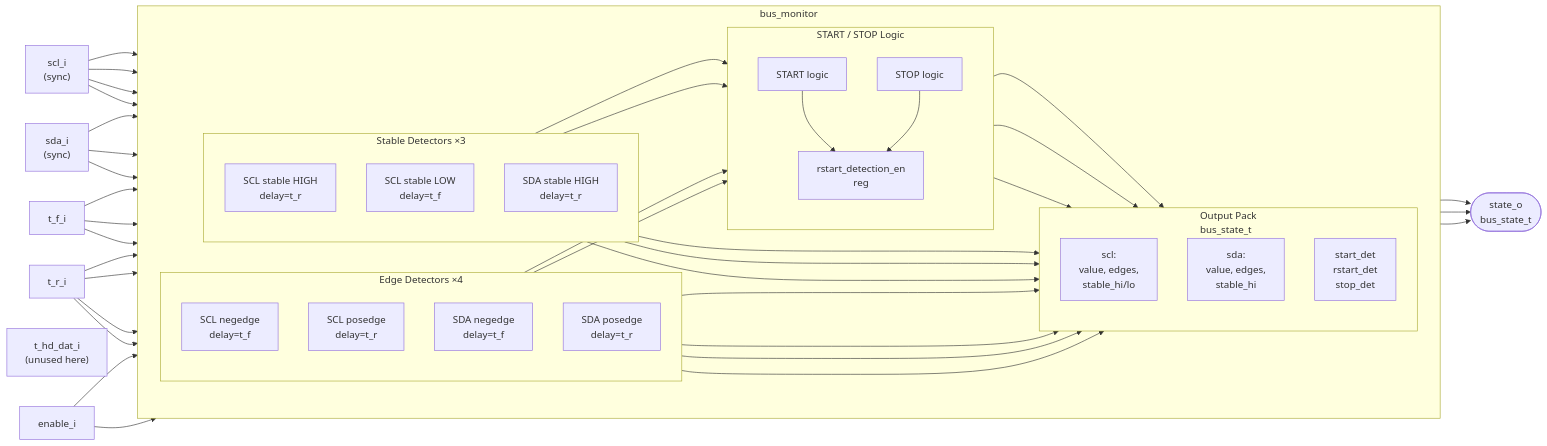
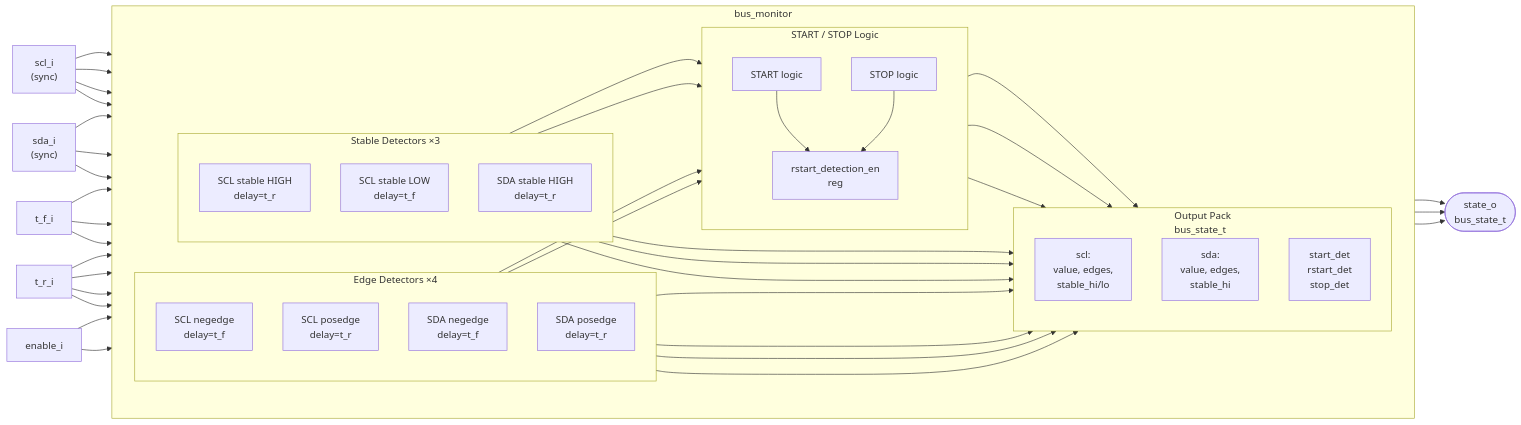
One commit to minhuy206/i3c changed the diagram in docs/module_specs/02_bus_monitor_spec.md. Above: the diagram before and after it, drawn with Mermaid. The commit also changed other lines of this file and 15 other files, not shown here.

````diff
--- a/docs/module_specs/02_bus_monitor_spec.md
+++ b/docs/module_specs/02_bus_monitor_spec.md
@@ -88,74 +89,73 @@
 ```mermaid
 flowchart LR
     %% ── Inputs ──────────────────────────────────────────────────────────────
     scl_i["scl_i\n(sync)"]
     sda_i["sda_i\n(sync)"]
     t_r_i["t_r_i"]
     t_f_i["t_f_i"]
-    t_hd_dat_i["t_hd_dat_i\n(unused here)"]
     enable_i["enable_i"]
 
     %% ── bus_monitor boundary ─────────────────────────────────────────────────
     subgraph BM["bus_monitor"]
         direction LR
 
         subgraph ED["Edge Detectors ×4"]
             direction TB
             ED1["SCL negedge\ndelay=t_f"]
             ED2["SCL posedge\ndelay=t_r"]
             ED3["SDA negedge\ndelay=t_f"]
             ED4["SDA posedge\ndelay=t_r"]
         end
 
         subgraph SD["Stable Detectors ×3"]
             direction TB
             SD1["SCL stable HIGH\ndelay=t_r"]
             SD2["SCL stable LOW\ndelay=t_f"]
             SD3["SDA stable HIGH\ndelay=t_r"]
         end
 
         subgraph COND["START / STOP Logic"]
             direction TB
             SL["START logic"]
             PL["STOP logic"]
             RR["rstart_detection_en\nreg"]
         end
 
         subgraph OUT["Output Pack\nbus_state_t"]
             direction TB
             O1["scl:\nvalue, edges,\nstable_hi/lo"]
             O2["sda:\nvalue, edges,\nstable_hi"]
             O3["start_det\nrstart_det\nstop_det"]
         end
 
         ED1 --> O1
         ED2 --> O1
         ED3 --> O2
         ED4 --> O2
         SD1 --> O1
         SD2 --> O1
         SD3 --> O2
 
         SD1 --> SL
         ED3 --> SL
         SD1 --> PL
         ED4 --> PL
 
         SL --> RR
         PL --> RR
         RR --> O3
         SL --> O3
         PL --> O3
     end
 
     %% ── Connections in ───────────────────────────────────────────────────────
     scl_i --> ED1 & ED2 & SD1 & SD2
     sda_i --> ED3 & ED4 & SD3
 
     t_f_i --> ED1 & ED3 & SD2
     t_r_i --> ED2 & ED4 & SD1 & SD3
     enable_i --> SL & PL
 
     %% ── Output ───────────────────────────────────────────────────────────────
     O1 & O2 & O3 --> state_o(["state_o\nbus_state_t"])
 ```
````
